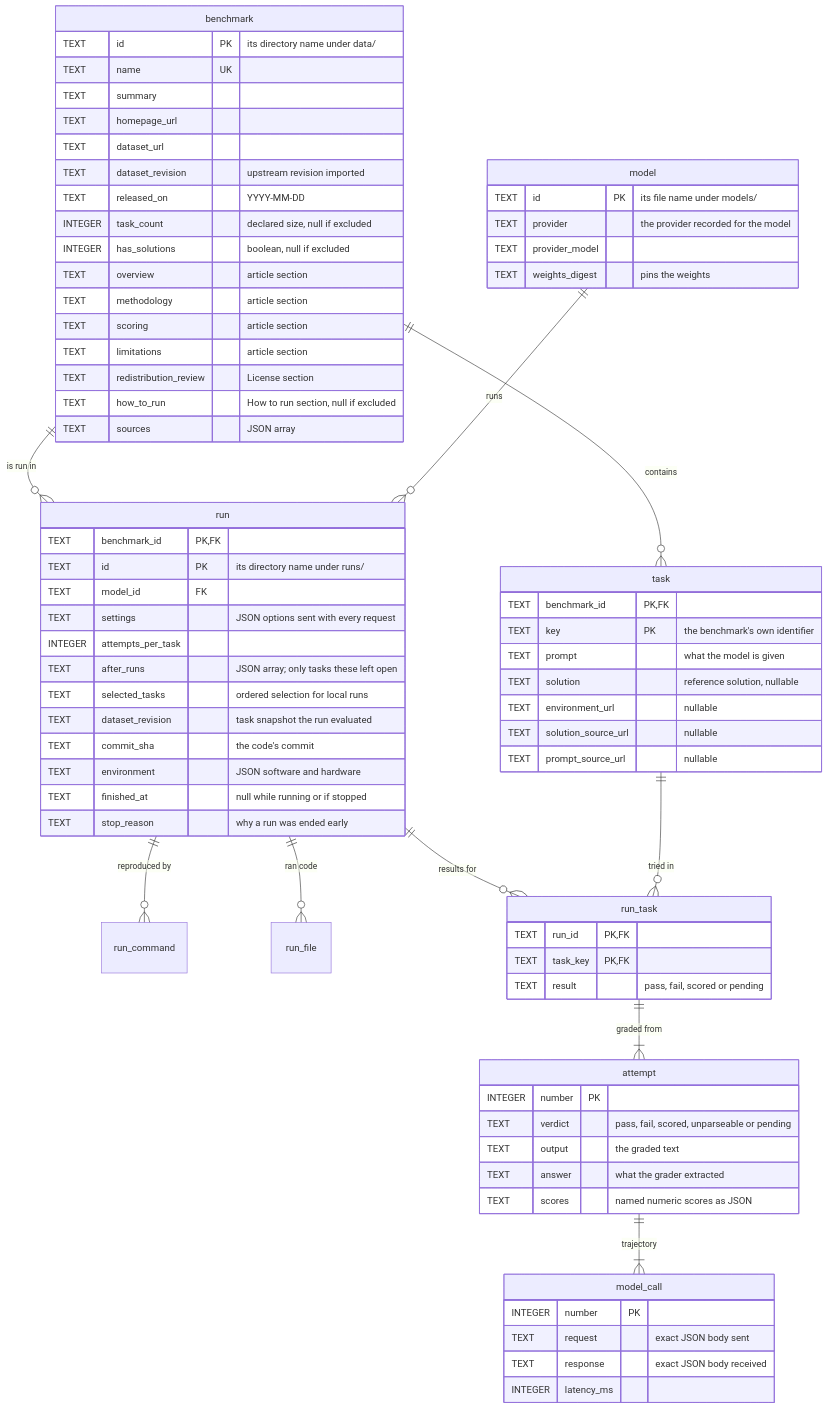
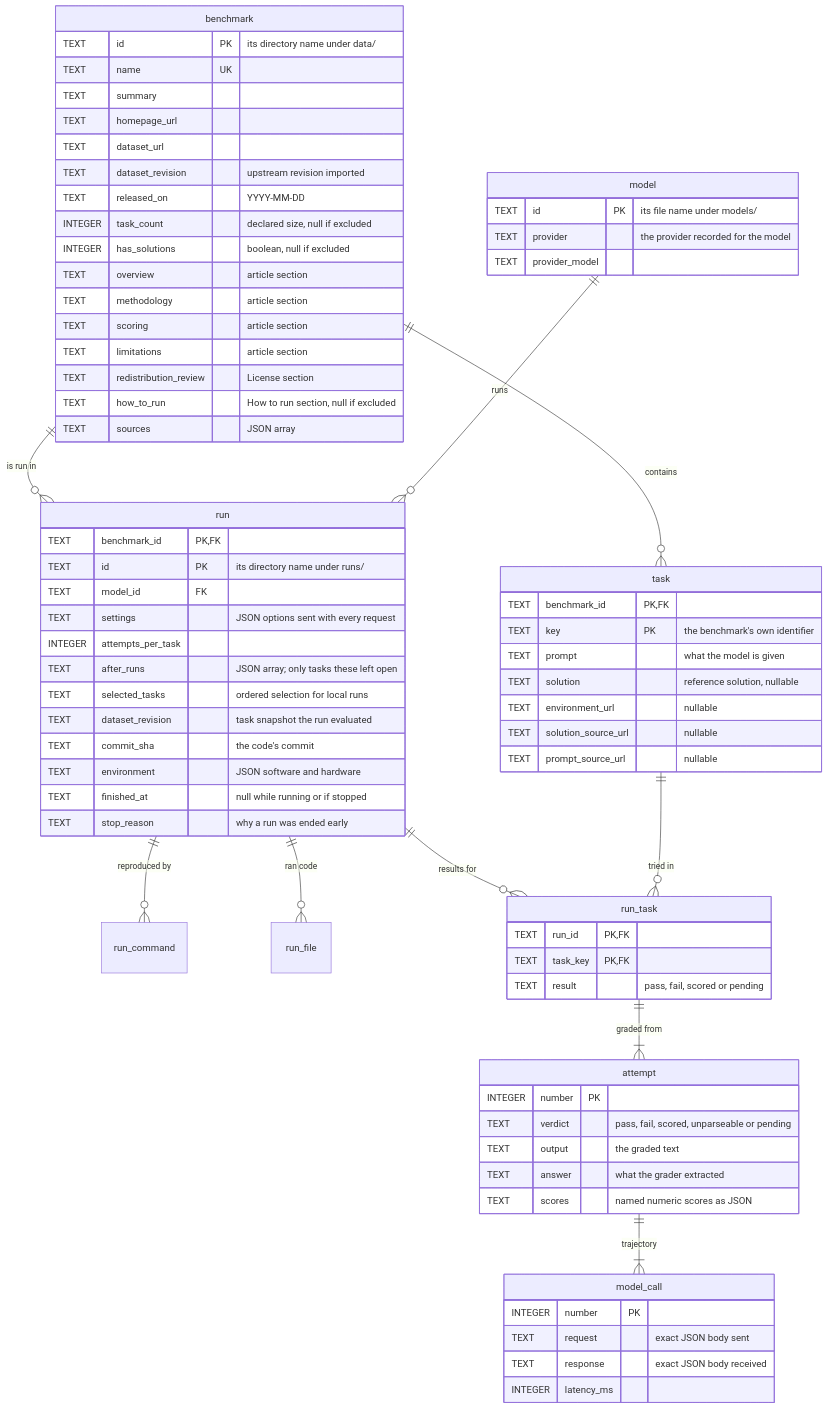
Before and after one commit to khooeee/benchopedia: the diagram in README.md, drawn with Mermaid. The commit also changed 14 other files, not shown here.

````diff
--- a/README.md
+++ b/README.md
@@ -44,78 +44,77 @@
 ```mermaid
 erDiagram
     benchmark ||--o{ task : contains
     benchmark ||--o{ run : "is run in"
     model ||--o{ run : runs
     run ||--o{ run_command : "reproduced by"
     run ||--o{ run_file : "ran code"
     run ||--o{ run_task : "results for"
     task ||--o{ run_task : "tried in"
     run_task ||--|{ attempt : "graded from"
     attempt ||--|{ model_call : trajectory
 
     benchmark {
         TEXT id PK "its directory name under data/"
         TEXT name UK
         TEXT summary
         TEXT homepage_url
         TEXT dataset_url
         TEXT dataset_revision "upstream revision imported"
         TEXT released_on "YYYY-MM-DD"
         INTEGER task_count "declared size, null if excluded"
         INTEGER has_solutions "boolean, null if excluded"
         TEXT overview "article section"
         TEXT methodology "article section"
         TEXT scoring "article section"
         TEXT limitations "article section"
         TEXT redistribution_review "License section"
         TEXT how_to_run "How to run section, null if excluded"
         TEXT sources "JSON array"
     }
     task {
         TEXT benchmark_id PK, FK
         TEXT key PK "the benchmark's own identifier"
         TEXT prompt "what the model is given"
         TEXT solution "reference solution, nullable"
         TEXT environment_url "nullable"
         TEXT solution_source_url "nullable"
         TEXT prompt_source_url "nullable"
     }
     model {
         TEXT id PK "its file name under models/"
         TEXT provider "the provider recorded for the model"
         TEXT provider_model
-        TEXT weights_digest "pins the weights"
     }
     run {
         TEXT benchmark_id PK, FK
         TEXT id PK "its directory name under runs/"
         TEXT model_id FK
         TEXT settings "JSON options sent with every request"
         INTEGER attempts_per_task
         TEXT after_runs "JSON array; only tasks these left open"
         TEXT selected_tasks "ordered selection for local runs"
         TEXT dataset_revision "task snapshot the run evaluated"
         TEXT commit_sha "the code's commit"
         TEXT environment "JSON software and hardware"
         TEXT finished_at "null while running or if stopped"
         TEXT stop_reason "why a run was ended early"
     }
     run_task {
         TEXT run_id PK, FK
         TEXT task_key PK, FK
         TEXT result "pass, fail, scored or pending"
     }
     attempt {
         INTEGER number PK
         TEXT verdict "pass, fail, scored, unparseable or pending"
         TEXT output "the graded text"
         TEXT answer "what the grader extracted"
         TEXT scores "named numeric scores as JSON"
     }
     model_call {
         INTEGER number PK
         TEXT request "exact JSON body sent"
         TEXT response "exact JSON body received"
         INTEGER latency_ms
     }
 ```
````
